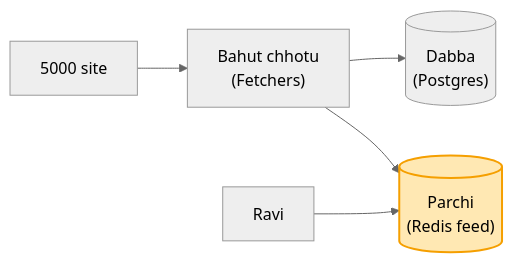
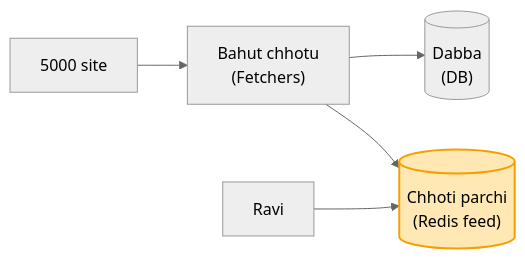
One commit to ArpanMaheshwari144/Prep changed the second of 11 diagrams in 04_HLD/SYSTEM_DESIGNS/08_news_aggregator/08_news_aggregator.md. Above: the diagram before and after it, drawn with Mermaid (neutral theme). The commit also changed other lines of this file and 17 other files, not shown here.

Commit message:
HLD: 17 main files hand notes se milaye (har block alag section, kahani + asli naam, mermaid), technical naam bhi rakhe

````diff
--- a/04_HLD/SYSTEM_DESIGNS/08_news_aggregator/08_news_aggregator.md
+++ b/04_HLD/SYSTEM_DESIGNS/08_news_aggregator/08_news_aggregator.md
@@ -46,8 +48,8 @@
 ```mermaid
 flowchart LR
     S["5000 site"] --> C["Bahut chhotu<br/>(Fetchers)"]
-    C --> D[("Dabba<br/>(Postgres)")]
-    C --> P[("Parchi<br/>(Redis feed)")]
+    C --> D[("Dabba<br/>(DB)")]
+    C --> P[("Chhoti parchi<br/>(Redis feed)")]
     A["Ravi"] --> P
     style P fill:#ffe8b3,stroke:#f59f00,stroke-width:2px,color:#000
 ```
````
